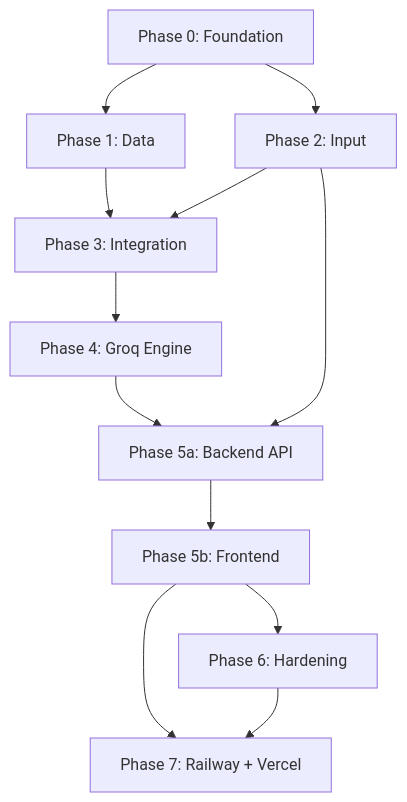
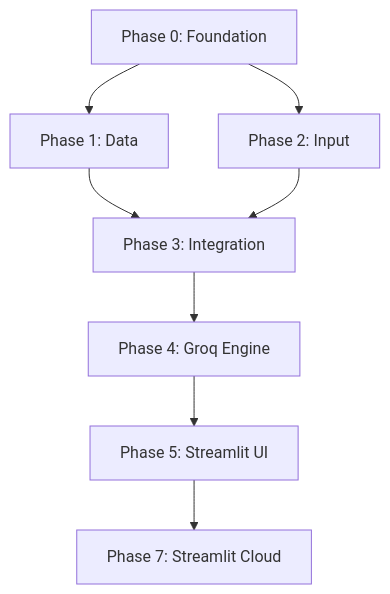
Before and after one commit to Somu639/Zomato-Final: the fourth of 4 diagrams in Docs/PhaseWiseArchitecture.md, drawn with Mermaid. The commit also changed other lines of this file and 36 other files, not shown here.

First line of the commit message:
Add Streamlit app and local dev tooling; remove Vercel/Railway deploy config.

````diff
--- a/Docs/PhaseWiseArchitecture.md
+++ b/Docs/PhaseWiseArchitecture.md
@@ -615,24 +352,18 @@
 ```mermaid
 flowchart TD
     P0[Phase 0: Foundation]
     P1[Phase 1: Data]
     P2[Phase 2: Input]
     P3[Phase 3: Integration]
     P4[Phase 4: Groq Engine]
-    P5A[Phase 5a: Backend API]
-    P5B[Phase 5b: Frontend]
-    P6[Phase 6: Hardening]
-    P7[Phase 7: Railway + Vercel]
+    P5[Phase 5: Streamlit UI]
+    P7[Phase 7: Streamlit Cloud]
 
     P0 --> P1
     P0 --> P2
     P1 --> P3
     P2 --> P3
     P3 --> P4
-    P4 --> P5A
-    P2 --> P5A
-    P5A --> P5B
-    P5B --> P6
-    P5B --> P7
-    P6 --> P7
+    P4 --> P5
+    P5 --> P7
 ```
````
